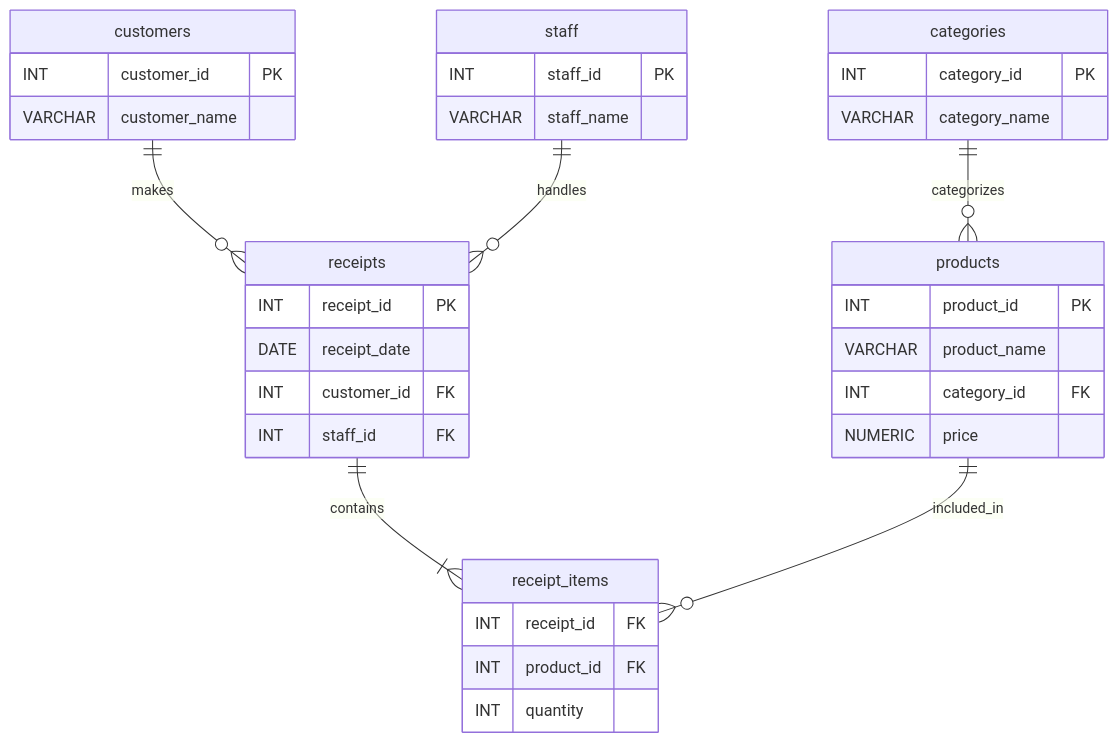
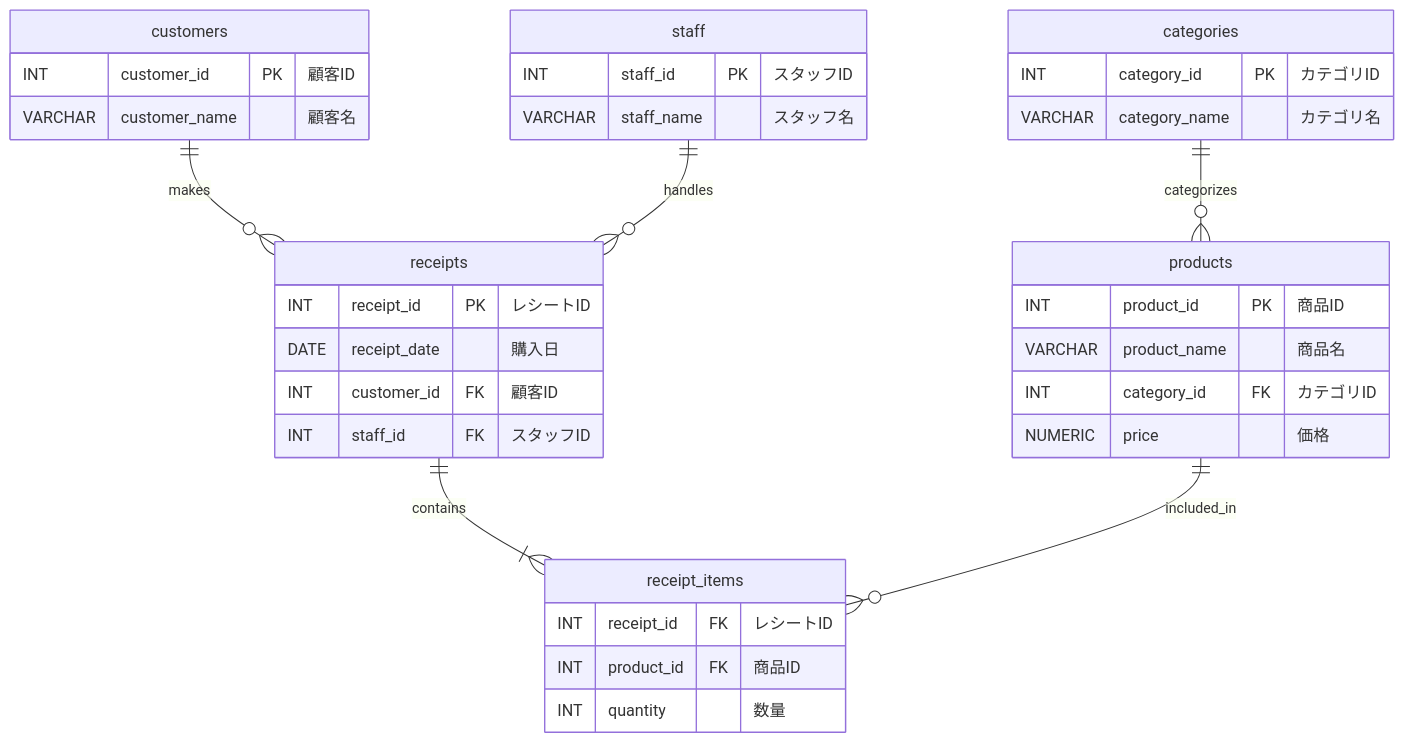
The second of 3 diagrams in 05_database/01/docs/exercise.md (tanaka-yui/learning), drawn with Mermaid before and after one commit. The commit also changed other lines of this file, not shown here.

````diff
--- a/05_database/01/docs/exercise.md
+++ b/05_database/01/docs/exercise.md
@@ -284,38 +327,38 @@
 ```mermaid
 erDiagram
     categories ||--o{ products : "categorizes"
     customers ||--o{ receipts : "makes"
     staff ||--o{ receipts : "handles"
     receipts ||--|{ receipt_items : "contains"
     products ||--o{ receipt_items : "included_in"
 
     categories {
-        INT category_id PK
-        VARCHAR category_name
+        INT category_id PK "カテゴリID"
+        VARCHAR category_name "カテゴリ名"
     }
     products {
-        INT product_id PK
-        VARCHAR product_name
-        INT category_id FK
-        NUMERIC price
+        INT product_id PK "商品ID"
+        VARCHAR product_name "商品名"
+        INT category_id FK "カテゴリID"
+        NUMERIC price "価格"
     }
     customers {
-        INT customer_id PK
-        VARCHAR customer_name
+        INT customer_id PK "顧客ID"
+        VARCHAR customer_name "顧客名"
     }
     staff {
-        INT staff_id PK
-        VARCHAR staff_name
+        INT staff_id PK "スタッフID"
+        VARCHAR staff_name "スタッフ名"
     }
     receipts {
-        INT receipt_id PK
-        DATE receipt_date
-        INT customer_id FK
-        INT staff_id FK
+        INT receipt_id PK "レシートID"
+        DATE receipt_date "購入日"
+        INT customer_id FK "顧客ID"
+        INT staff_id FK "スタッフID"
     }
     receipt_items {
-        INT receipt_id FK
-        INT product_id FK
-        INT quantity
+        INT receipt_id FK "レシートID"
+        INT product_id FK "商品ID"
+        INT quantity "数量"
     }
 ```
````
